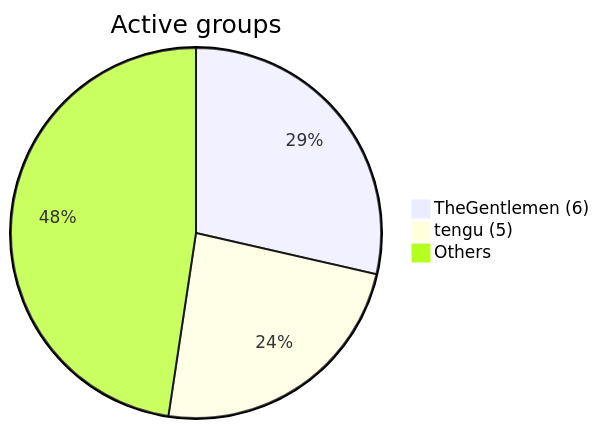
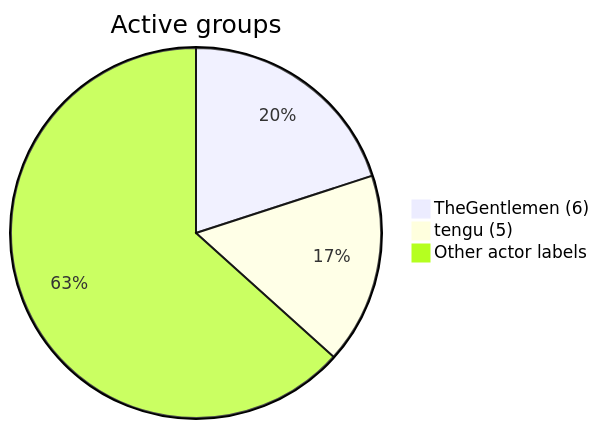
One commit to Hatchepsoute/AFRINTEL changed the second of 4 diagrams in visual-intelligence/01-january/README.md. Above: the diagram before and after it, drawn with Mermaid. The commit also changed other lines of this file and 120 other files, not shown here.

````diff
--- a/visual-intelligence/01-january/README.md
+++ b/visual-intelligence/01-january/README.md
@@ -17,7 +18,7 @@
 ```mermaid
 pie
 title Active groups
 "TheGentlemen (6)" : 6
 "tengu (5)" : 5
-"Others" : 10
+"Other actor labels" : 19
 ```
````
